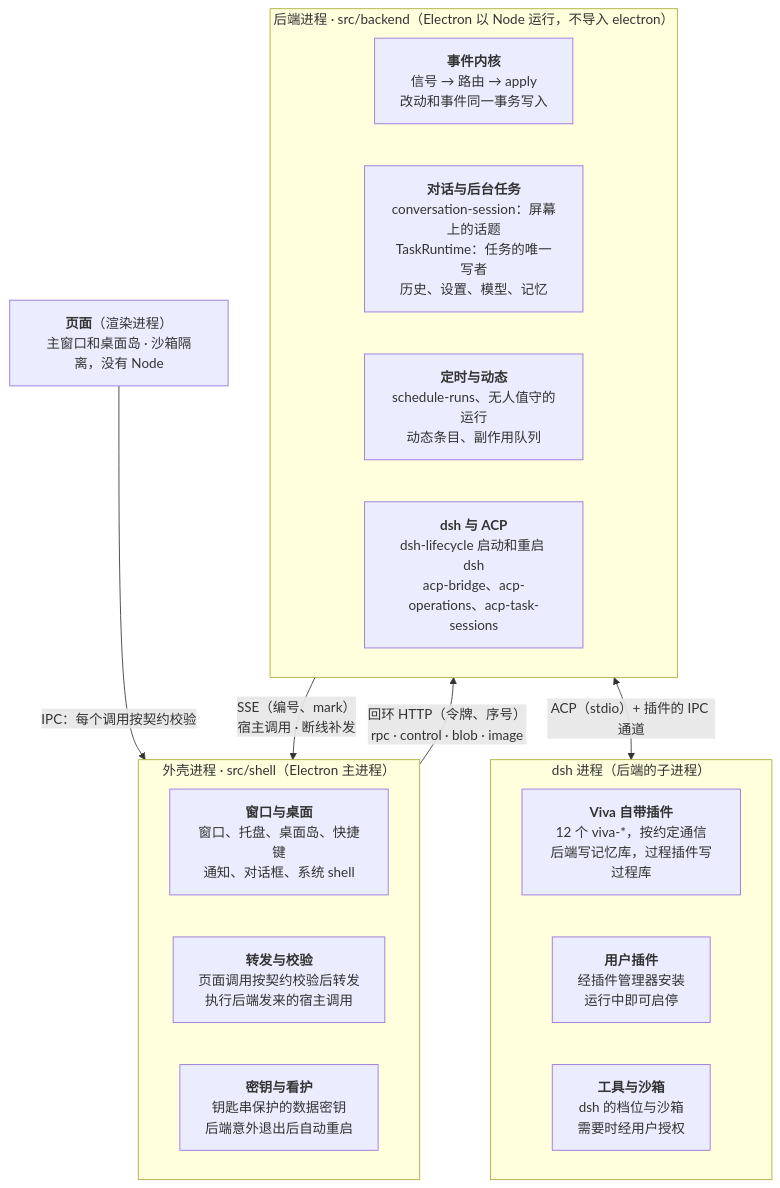
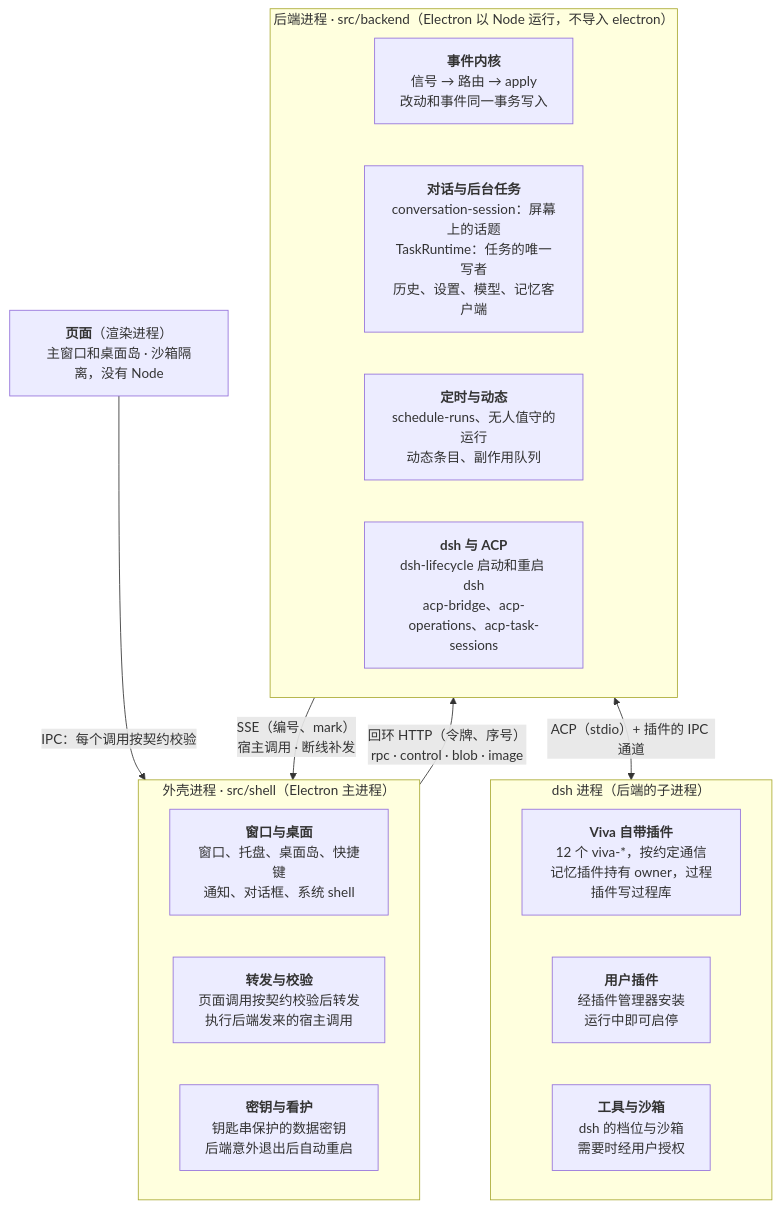
The diagram in docs/system-design.zh-CN.md (JNS0724/Viva), drawn with Mermaid before and after one commit. The commit also changed other lines of this file and 505 other files, not shown here.

````diff
--- a/docs/system-design.zh-CN.md
+++ b/docs/system-design.zh-CN.md
@@ -24,24 +24,24 @@
 ```mermaid
 flowchart TB
   pages["<b>页面</b>（渲染进程）<br/>主窗口和桌面岛 · 沙箱隔离，没有 Node"]
   subgraph shell["外壳进程 · src/shell（Electron 主进程）"]
     s1["<b>窗口与桌面</b><br/>窗口、托盘、桌面岛、快捷键<br/>通知、对话框、系统 shell"]
     s2["<b>转发与校验</b><br/>页面调用按契约校验后转发<br/>执行后端发来的宿主调用"]
     s3["<b>密钥与看护</b><br/>钥匙串保护的数据密钥<br/>后端意外退出后自动重启"]
   end
   subgraph backend["后端进程 · src/backend（Electron 以 Node 运行，不导入 electron）"]
     b1["<b>事件内核</b><br/>信号 → 路由 → apply<br/>改动和事件同一事务写入"]
-    b2["<b>对话与后台任务</b><br/>conversation-session：屏幕上的话题<br/>TaskRuntime：任务的唯一写者<br/>历史、设置、模型、记忆"]
+    b2["<b>对话与后台任务</b><br/>conversation-session：屏幕上的话题<br/>TaskRuntime：任务的唯一写者<br/>历史、设置、模型、记忆客户端"]
     b3["<b>定时与动态</b><br/>schedule-runs、无人值守的运行<br/>动态条目、副作用队列"]
     b4["<b>dsh 与 ACP</b><br/>dsh-lifecycle 启动和重启 dsh<br/>acp-bridge、acp-operations、acp-task-sessions"]
   end
   subgraph dsh["dsh 进程（后端的子进程）"]
-    d1["<b>Viva 自带插件</b><br/>12 个 viva-*，按约定通信<br/>后端写记忆库，过程插件写过程库"]
+    d1["<b>Viva 自带插件</b><br/>12 个 viva-*，按约定通信<br/>记忆插件持有 owner，过程插件写过程库"]
     d2["<b>用户插件</b><br/>经插件管理器安装<br/>运行中即可启停"]
     d3["<b>工具与沙箱</b><br/>dsh 的档位与沙箱<br/>需要时经用户授权"]
   end
   pages -- "IPC：每个调用按契约校验" --> shell
   shell -- "回环 HTTP（令牌、序号）<br/>rpc · control · blob · image" --> backend
   backend -- "SSE（编号、mark）<br/>宿主调用 · 断线补发" --> shell
   backend <-->|"ACP（stdio）+ 插件的 IPC 通道"| dsh
 ```
````
